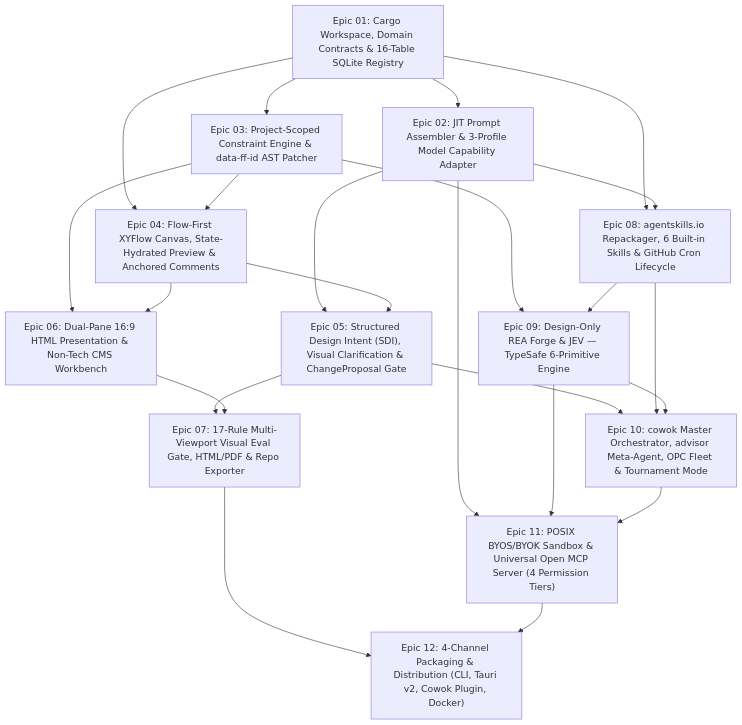
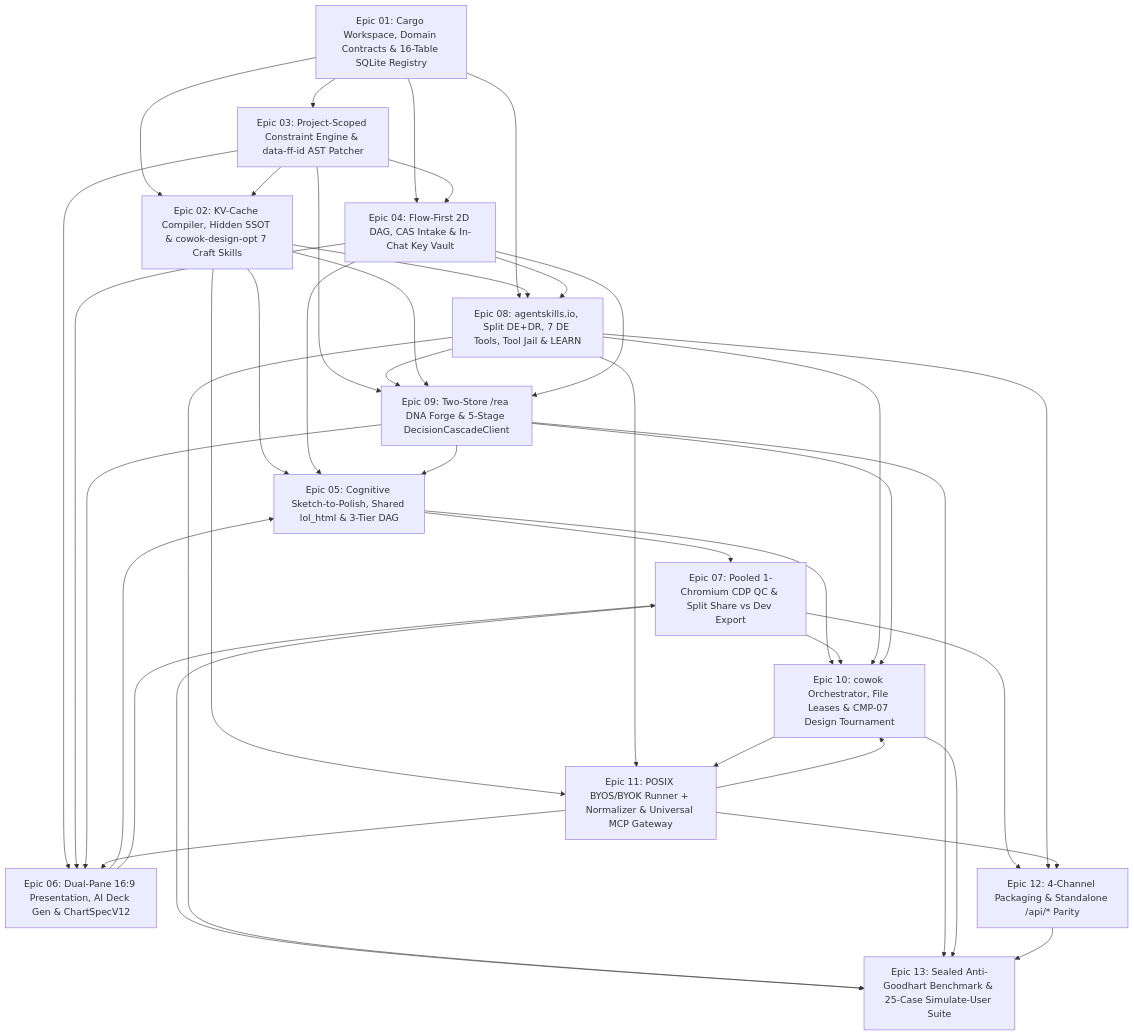
The diagram in _iwish-output/2. Product Planning/2.7. cross-dependencies.md (Nam123321/cowok-design), drawn with Mermaid before and after one commit. The commit also changed other lines of this file and 341 other files, not shown here.

First line of the commit message:
feat(epic-02,epic-04): complete Epic 02 (V17/V18 SSOT, Context Compiler), Story 04.6 CAS/Vault, Local/Finder Folder Picker & v4.1 SSOT Sync (#15)

````diff
--- a/_iwish-output/2. Product Planning/2.7. cross-dependencies.md
+++ b/_iwish-output/2. Product Planning/2.7. cross-dependencies.md
@@ -45,38 +35,55 @@
 ```mermaid
 flowchart TD
     E01["Epic 01: Cargo Workspace, Domain Contracts & 16-Table SQLite Registry"]
-    E02["Epic 02: JIT Prompt Assembler & 3-Profile Model Capability Adapter"]
+    E02["Epic 02: KV-Cache Compiler, Hidden SSOT & cowok-design-opt 7 Craft Skills"]
     E03["Epic 03: Project-Scoped Constraint Engine & data-ff-id AST Patcher"]
-    E04["Epic 04: Flow-First XYFlow Canvas, State-Hydrated Preview & Anchored Comments"]
-    E05["Epic 05: Structured Design Intent (SDI), Visual Clarification & ChangeProposal Gate"]
-    E06["Epic 06: Dual-Pane 16:9 HTML Presentation & Non-Tech CMS Workbench"]
-    E07["Epic 07: 17-Rule Multi-Viewport Visual Eval Gate, HTML/PDF & Repo Exporter"]
-    E08["Epic 08: agentskills.io Repackager, 6 Built-in Skills & GitHub Cron Lifecycle"]
-    E09["Epic 09: Design-Only REA Forge & JEV — TypeSafe 6-Primitive Engine"]
-    E10["Epic 10: cowok Master Orchestrator, advisor Meta-Agent, OPC Fleet & Tournament Mode"]
-    E11["Epic 11: POSIX BYOS/BYOK Sandbox & Universal Open MCP Server (4 Permission Tiers)"]
-    E12["Epic 12: 4-Channel Packaging & Distribution (CLI, Tauri v2, Cowok Plugin, Docker)"]
+    E04["Epic 04: Flow-First 2D DAG, CAS Intake & In-Chat Key Vault"]
+    E05["Epic 05: Cognitive Sketch-to-Polish, Shared lol_html & 3-Tier DAG"]
+    E06["Epic 06: Dual-Pane 16:9 Presentation, AI Deck Gen & ChartSpecV12"]
+    E07["Epic 07: Pooled 1-Chromium CDP QC & Split Share vs Dev Export"]
+    E08["Epic 08: agentskills.io, Split DE+DR, 7 DE Tools, Tool Jail & LEARN"]
+    E09["Epic 09: Two-Store /rea DNA Forge & 5-Stage DecisionCascadeClient"]
+    E10["Epic 10: cowok Orchestrator, File Leases & CMP-07 Design Tournament"]
+    E11["Epic 11: POSIX BYOS/BYOK Runner + Normalizer & Universal MCP Gateway"]
+    E12["Epic 12: 4-Channel Packaging & Standalone /api/* Parity"]
+    E13["Epic 13: Sealed Anti-Goodhart Benchmark & 25-Case Simulate-User Suite"]
 
     E01 --> E02
     E01 --> E03
+    E03 --> E02
     E01 --> E04
     E03 --> E04
     E02 --> E05
     E04 --> E05
+    E06 --> E05
+    E09 --> E05
     E03 --> E06
     E04 --> E06
+    E09 --> E06
+    E11 --> E06
     E05 --> E07
     E06 --> E07
     E01 --> E08
     E02 --> E08
+    E04 --> E08
     E03 --> E09
     E08 --> E09
+    E02 --> E09
+    E04 --> E09
     E05 --> E10
+    E07 --> E10
     E08 --> E10
     E09 --> E10
+    E11 --> E10
     E02 --> E11
-    E09 --> E11
+    E08 --> E11
     E10 --> E11
     E07 --> E12
+    E08 --> E12
     E11 --> E12
+    E07 --> E13
+    E08 --> E13
+    E09 --> E13
+    E10 --> E13
+    E12 --> E13
 ```
````
